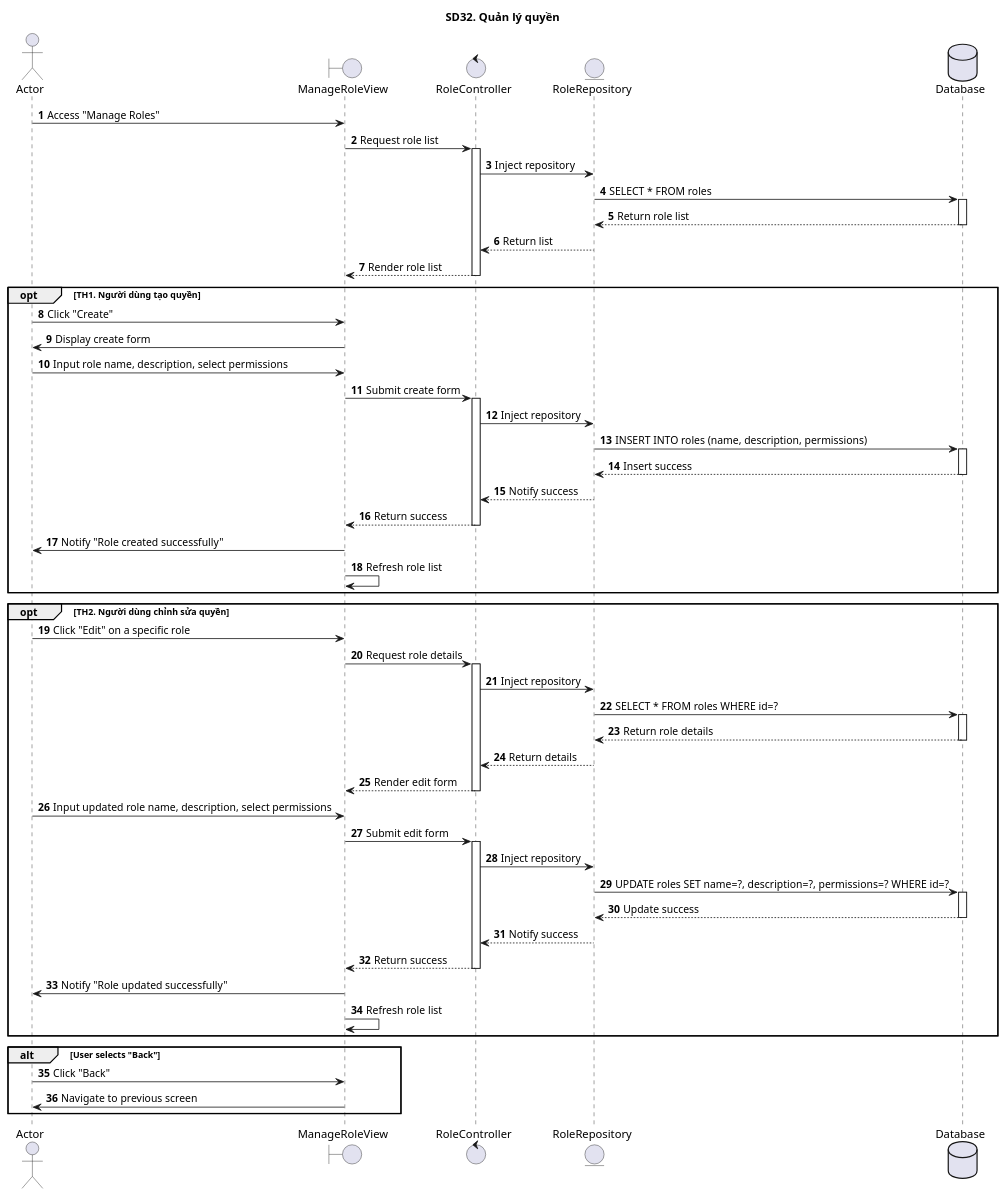
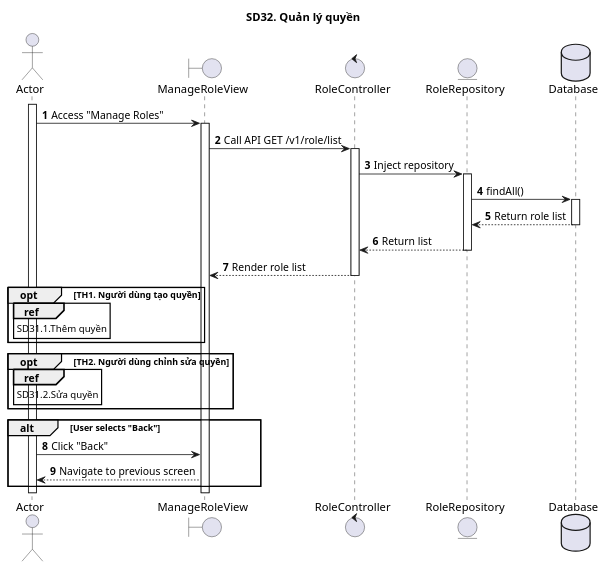
One commit to ITZ-Developers/Finance-UML changed the diagram in 32_QuanLyQuyen/sd32.puml. Above: the diagram before and after it, drawn with PlantUML. The commit also changed 24 other files, not shown here.

```diff
--- a/32_QuanLyQuyen/sd32.puml
+++ b/32_QuanLyQuyen/sd32.puml
@@ -1,80 +1,42 @@
 @startuml SQ
 autonumber
 title SD32. Quản lý quyền
 actor "Actor" as actor
 boundary "ManageRoleView" as manageView
 control "RoleController" as controller
 entity "RoleRepository" as model
 database "Database" as database
-
 ' Main Flow
+activate actor
 actor -> manageView : Access "Manage Roles"
-manageView -> controller : Request role list
+activate manageView
+manageView -> controller : Call API GET /v1/role/list
 activate controller
 controller -> model : Inject repository
-model -> database : SELECT * FROM roles
+activate model
+model -> database : findAll()
 activate database
 database --> model : Return role list
 deactivate database
 model --> controller : Return list
 deactivate model
 controller --> manageView : Render role list
 deactivate controller
-
 ' Option TH1: Create Role
 opt TH1. Người dùng tạo quyền
-    actor -> manageView : Click "Create"
-    manageView -> actor : Display create form
-    actor -> manageView : Input role name, description, select permissions
-    manageView -> controller : Submit create form
-    activate controller
-    controller -> model : Inject repository
-    model -> database : INSERT INTO roles (name, description, permissions)
-    activate database
-    database --> model : Insert success
-    deactivate database
-    model --> controller : Notify success
-    deactivate model
-    controller --> manageView : Return success
-    deactivate controller
-    manageView -> actor : Notify "Role created successfully"
-    manageView -> manageView : Refresh role list
+      ref over actor
+SD31.1.Thêm quyền
+end ref
 end
-
 ' Option TH2: Edit Role
 opt TH2. Người dùng chỉnh sửa quyền
-    actor -> manageView : Click "Edit" on a specific role
-    manageView -> controller : Request role details
-    activate controller
-    controller -> model : Inject repository
-    model -> database : SELECT * FROM roles WHERE id=?
-    activate database
-    database --> model : Return role details
-    deactivate database
-    model --> controller : Return details
-    deactivate model
-    controller --> manageView : Render edit form
-    deactivate controller
-    actor -> manageView : Input updated role name, description, select permissions
-    manageView -> controller : Submit edit form
-    activate controller
-    controller -> model : Inject repository
-    model -> database : UPDATE roles SET name=?, description=?, permissions=? WHERE id=?
-    activate database
-    database --> model : Update success
-    deactivate database
-    model --> controller : Notify success
-    deactivate model
-    controller --> manageView : Return success
-    deactivate controller
-    manageView -> actor : Notify "Role updated successfully"
-    manageView -> manageView : Refresh role list
+   ref over actor
+SD31.2.Sửa quyền
+end ref
 end
-
 ' Alternative Flow: Back Navigation
 alt User selects "Back"
     actor -> manageView : Click "Back"
-    manageView -> actor : Navigate to previous screen
+    manageView --> actor : Navigate to previous screen
 end
-
 @enduml
```
